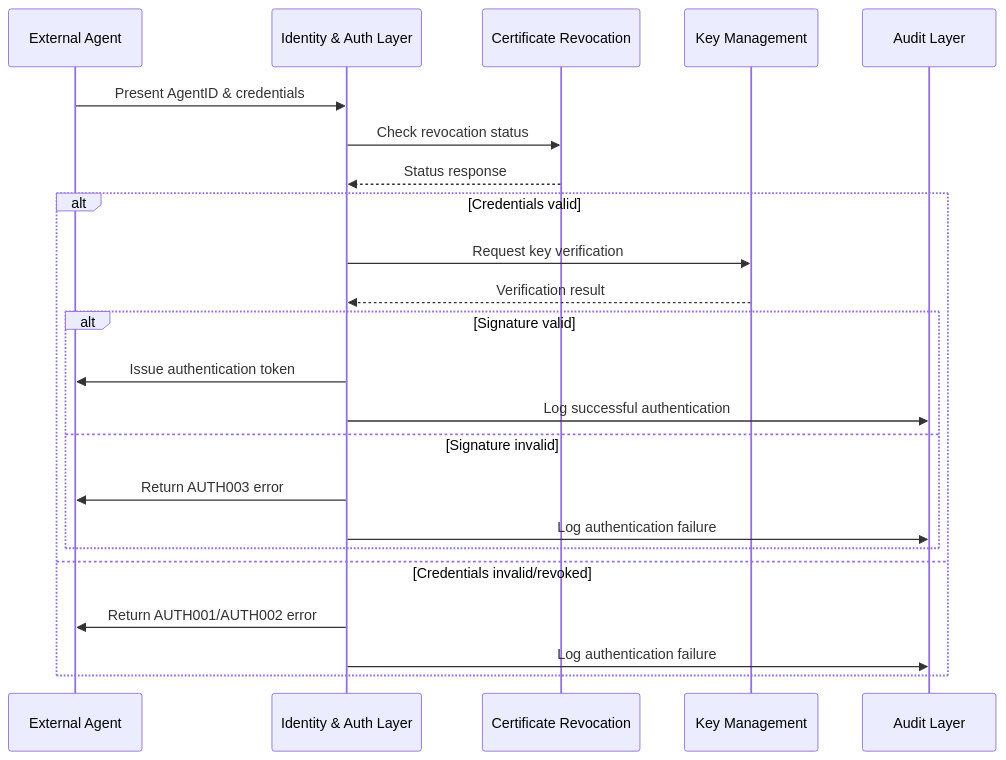
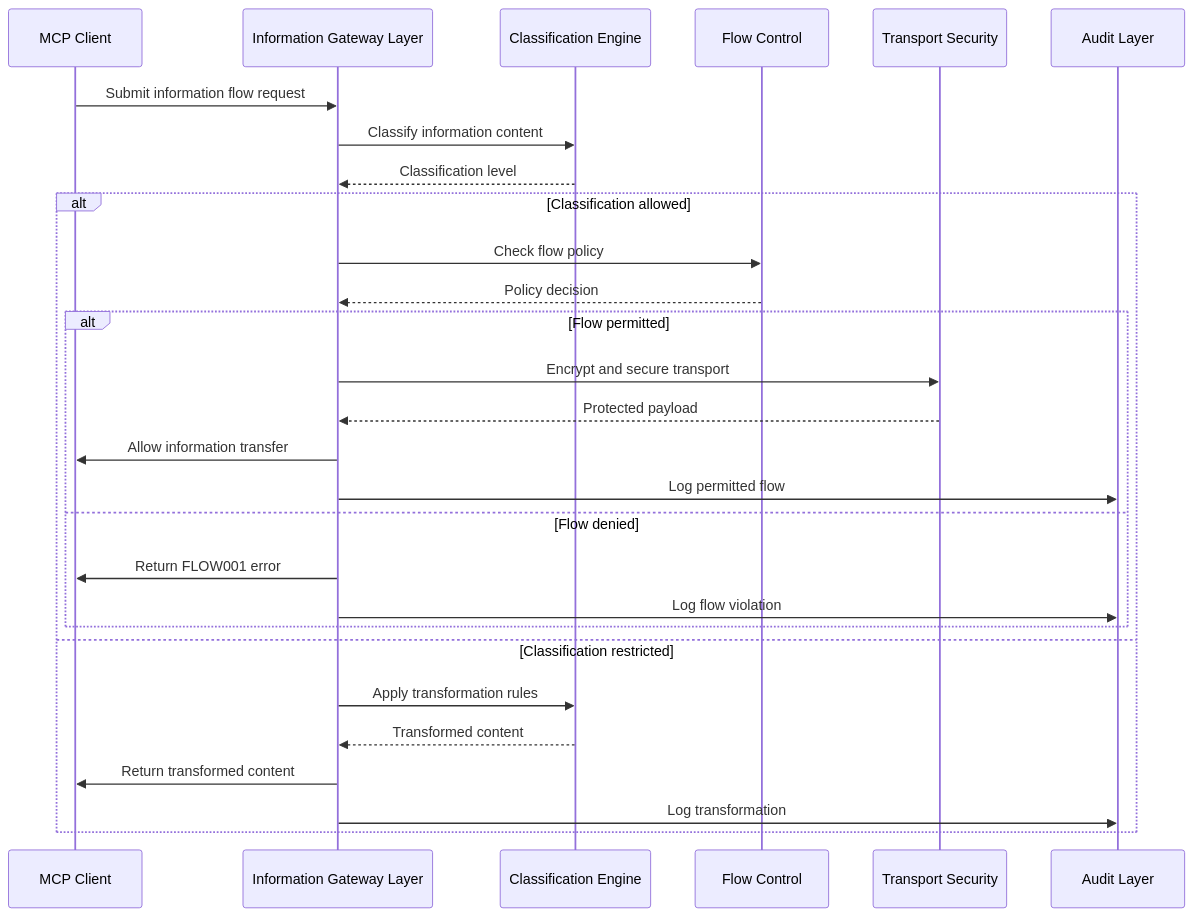
The second of 8 diagrams in 6-diags-mermaid.md (nshkrdotcom/GUARDRAIL), drawn with Mermaid before and after one commit. The commit also changed other lines of this file and 7 other files, not shown here.

````diff
--- a/6-diags-mermaid.md
+++ b/6-diags-mermaid.md
@@ -118,29 +58,35 @@
 ```mermaid
 sequenceDiagram
-    participant EA as External Agent
-    participant IAL as Identity & Auth Layer
-    participant CRL as Certificate Revocation
-    participant KMS as Key Management
-    participant ACL as Audit Layer
+    participant MC as MCP Client
+    participant IGL as Information Gateway Layer
+    participant CE as Classification Engine
+    participant FC as Flow Control
+    participant TS as Transport Security
+    participant AML as Audit Layer
     
-    EA->>IAL: Present AgentID & credentials
-    IAL->>CRL: Check revocation status
-    CRL-->>IAL: Status response
+    MC->>IGL: Submit information flow request
+    IGL->>CE: Classify information content
+    CE-->>IGL: Classification level
     
-    alt Credentials valid
-        IAL->>KMS: Request key verification
-        KMS-->>IAL: Verification result
+    alt Classification allowed
+        IGL->>FC: Check flow policy
+        FC-->>IGL: Policy decision
         
-        alt Signature valid
-            IAL->>EA: Issue authentication token
-            IAL->>ACL: Log successful authentication
-        else Signature invalid
-            IAL->>EA: Return AUTH003 error
-            IAL->>ACL: Log authentication failure
+        alt Flow permitted
+            IGL->>TS: Encrypt and secure transport
+            TS-->>IGL: Protected payload
+            IGL->>MC: Allow information transfer
+            IGL->>AML: Log permitted flow
+            
+        else Flow denied
+            IGL->>MC: Return FLOW001 error
+            IGL->>AML: Log flow violation
         end
         
-    else Credentials invalid/revoked
-        IAL->>EA: Return AUTH001/AUTH002 error
-        IAL->>ACL: Log authentication failure
+    else Classification restricted
+        IGL->>CE: Apply transformation rules
+        CE-->>IGL: Transformed content
+        IGL->>MC: Return transformed content
+        IGL->>AML: Log transformation
     end
 ```
````
